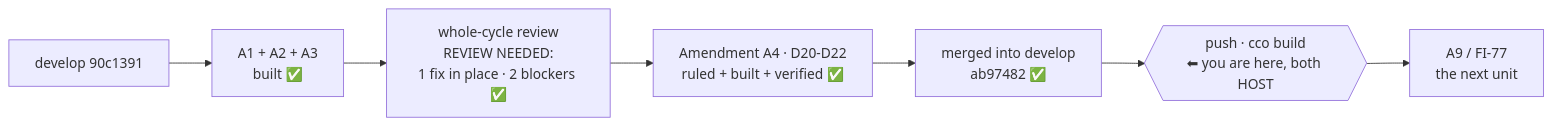
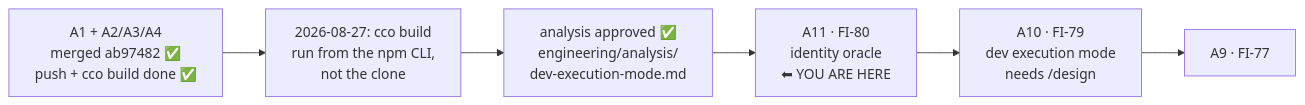
One commit to alergyonthestage/claude-orchestrator changed the diagram in docs/maintainers/handoff.md. Above: the diagram before and after it, drawn with Mermaid. The commit also changed other lines of this file, not shown here.

````diff
--- a/docs/maintainers/handoff.md
+++ b/docs/maintainers/handoff.md
@@ -11,9 +16,8 @@
 ```mermaid
 flowchart LR
-    DEV["develop 90c1391"] --> A1["A1 + A2 + A3<br/>built ✅"]
-    A1 --> REV["whole-cycle review<br/>REVIEW NEEDED:<br/>1 fix in place · 2 blockers ✅"]
-    REV --> A4["Amendment A4 · D20-D22<br/>ruled + built + verified ✅"]
-    A4 --> M["merged into develop<br/>ab97482 ✅"]
-    M --> P{{"push · cco build<br/>⬅ you are here, both HOST"}}
-    P --> A9["A9 / FI-77<br/>the next unit"]
+    A1["A1 + A2/A3/A4<br/>merged ab97482 ✅<br/>push + cco build done ✅"] --> INC["2026-08-27: cco build<br/>run from the npm CLI,<br/>not the clone"]
+    INC --> AN["analysis approved ✅<br/>engineering/analysis/<br/>dev-execution-mode.md"]
+    AN --> A11["A11 · FI-80<br/>identity oracle<br/>⬅ YOU ARE HERE"]
+    A11 --> A10["A10 · FI-79<br/>dev execution mode<br/>needs /design"]
+    A10 --> A9["A9 · FI-77"]
 ```
````
